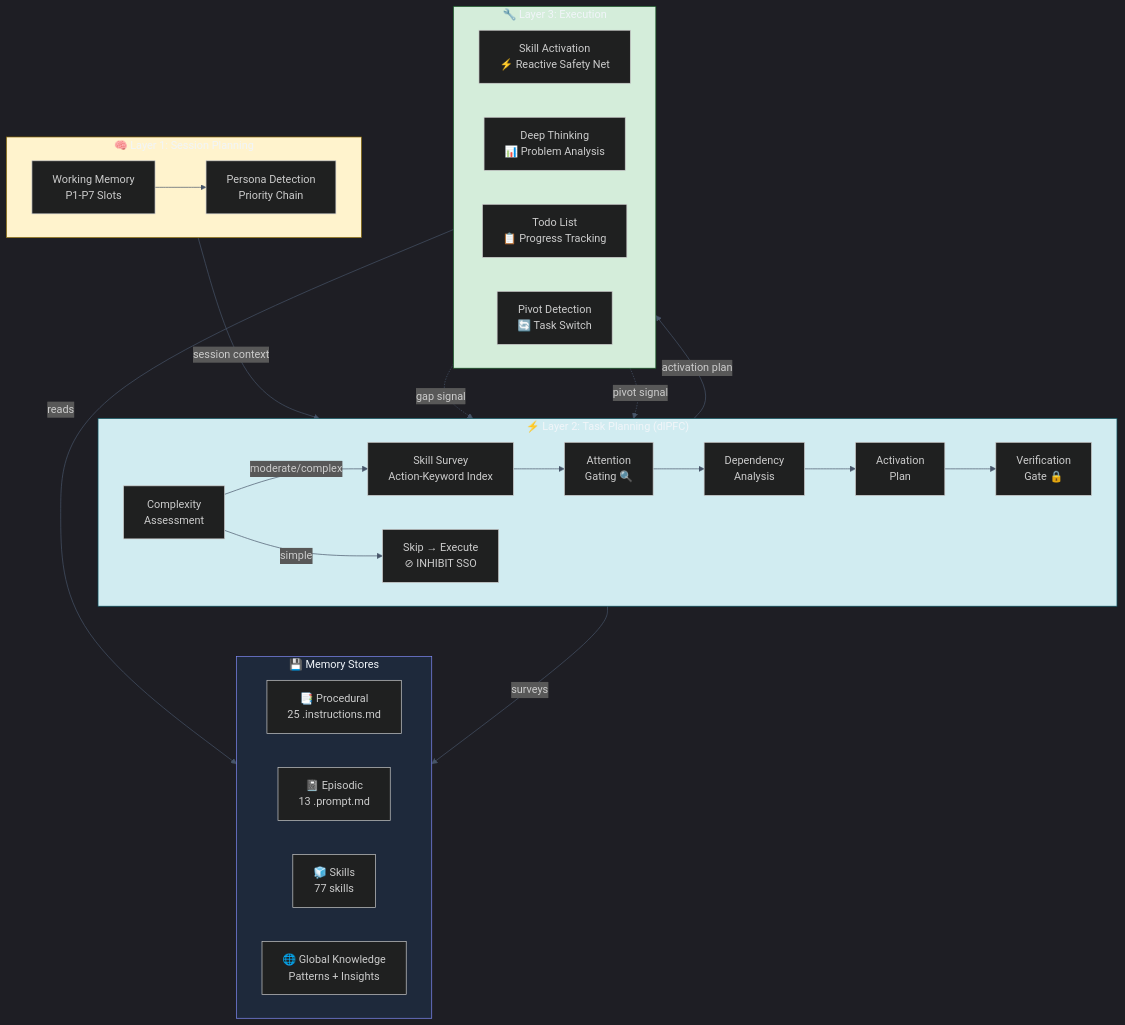
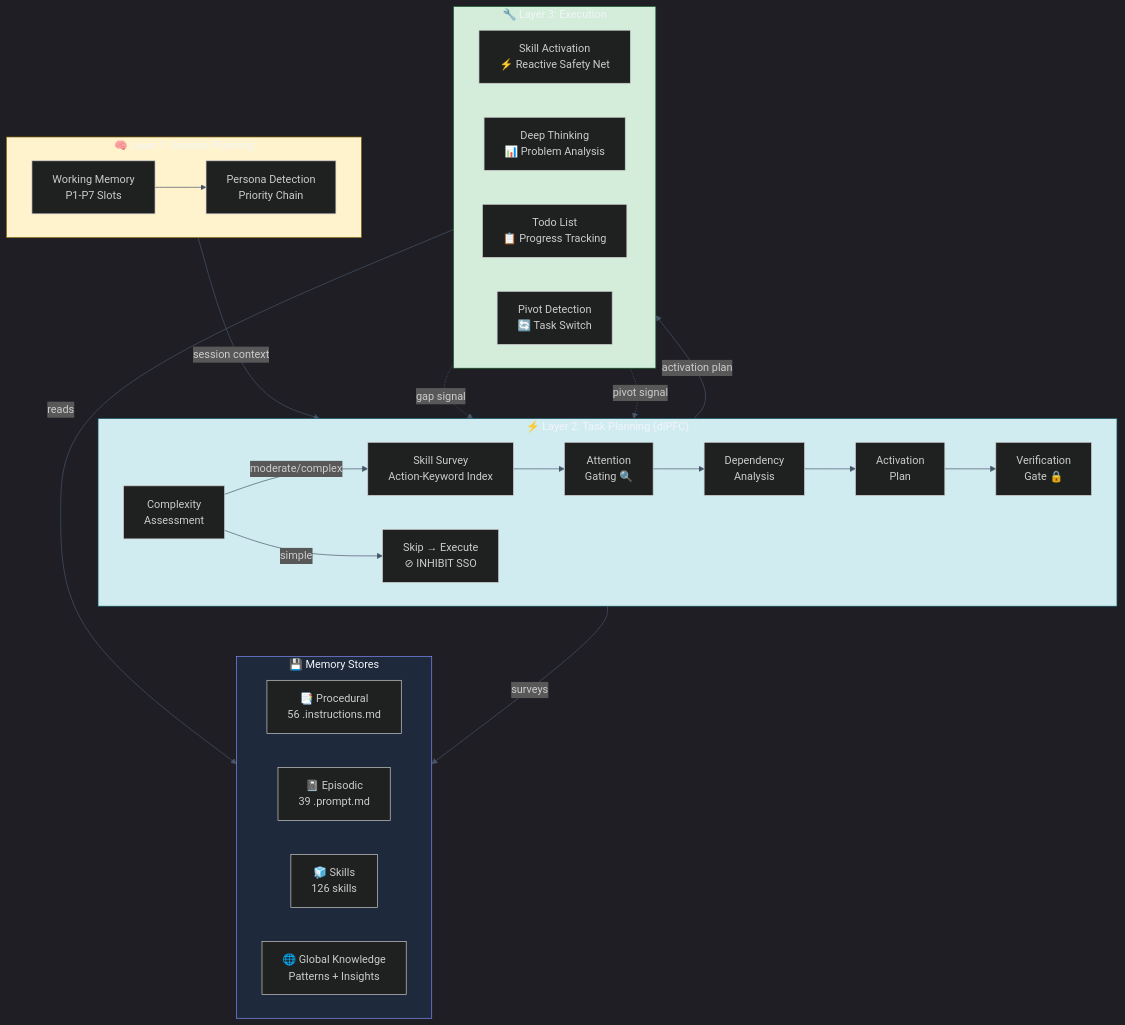
The sixth of 7 diagrams in alex_docs/architecture/COGNITIVE-ARCHITECTURE.md (fabioc-aloha/Alex_Plug_In), drawn with Mermaid before and after one commit. The commit also changed 235 other files, not shown here.

````diff
--- a/alex_docs/architecture/COGNITIVE-ARCHITECTURE.md
+++ b/alex_docs/architecture/COGNITIVE-ARCHITECTURE.md
@@ -355,50 +355,50 @@
 ```mermaid
 %%{init: {'theme': 'dark', 'themeVariables': {'background': '#0f172a', 'primaryColor': '#1e293b', 'primaryTextColor': '#f1f5f9', 'primaryBorderColor': '#818cf8', 'lineColor': '#475569', 'secondaryColor': '#1e293b', 'secondaryBorderColor': '#2dd4bf', 'tertiaryColor': '#1e293b', 'fontFamily': 'Segoe UI, system-ui, sans-serif'}}}%%
 flowchart TB
     subgraph L1["🧠 Layer 1: Session Planning"]
         direction LR
         WM["Working Memory\nP1-P7 Slots"]
         PP["Persona Detection\nPriority Chain"]
         WM --> PP
     end
 
     subgraph L2["⚡ Layer 2: Task Planning (dlPFC)"]
         direction LR
         CA["Complexity\nAssessment"]
         SS["Skill Survey\nAction-Keyword Index"]
         AG["Attention\nGating 🔍"]
         DA["Dependency\nAnalysis"]
         AP["Activation\nPlan"]
         VG["Verification\nGate 🔒"]
         CA -->|"moderate/complex"| SS --> AG --> DA --> AP --> VG
         CA -->|"simple"| SKIP["Skip → Execute\n⊘ INHIBIT SSO"]
     end
 
     subgraph L3["🔧 Layer 3: Execution"]
         direction LR
         SA["Skill Activation\n⚡ Reactive Safety Net"]
         DT["Deep Thinking\n📊 Problem Analysis"]
         TL["Todo List\n📋 Progress Tracking"]
         PD["Pivot Detection\n🔄 Task Switch"]
         SA -.->|"gap signal"| SS
         PD -.->|"pivot signal"| CA
     end
 
     subgraph Memory["💾 Memory Stores"]
         direction LR
-        PROC["📑 Procedural\n25 .instructions.md"]
-        EPIS["📓 Episodic\n13 .prompt.md"]
-        SKILLS["🧊 Skills\n77 skills"]
+        PROC["📑 Procedural\n56 .instructions.md"]
+        EPIS["📓 Episodic\n39 .prompt.md"]
+        SKILLS["🧊 Skills\n126 skills"]
         GK["🌐 Global Knowledge\nPatterns + Insights"]
     end
 
     L1 -->|"session context"| L2
     L2 -->|"activation plan"| L3
     L3 -->|"reads"| Memory
     L2 -->|"surveys"| SKILLS
 
     style L1 fill:#fff3cd,stroke:#856404,color:#f1f5f9
     style L2 fill:#d1ecf1,stroke:#0c5460,color:#f1f5f9
     style L3 fill:#d4edda,stroke:#155724,color:#f1f5f9
     style Memory fill:#1e293b,stroke:#818cf8,color:#f1f5f9
 ```
````
